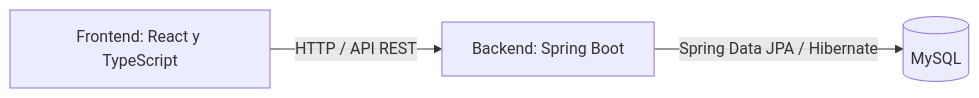
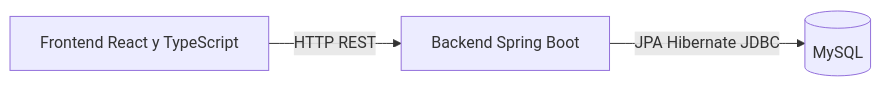
The first of 2 diagrams in docs/modulos.md (LuMendez7/TRABAJO-FINAL---GRUPO-205), drawn with Mermaid before and after one commit. The commit also changed other lines of this file and 82 other files, not shown here.

````diff
--- a/docs/modulos.md
+++ b/docs/modulos.md
@@ -18,5 +16,5 @@
 ```mermaid
 flowchart LR
-    A[Frontend: React y TypeScript] -->|HTTP / API REST| B[Backend: Spring Boot]
-    B -->|Spring Data JPA / Hibernate| C[(MySQL)]
+    A[Frontend React y TypeScript] -->|HTTP REST| B[Backend Spring Boot]
+    B -->|JPA Hibernate JDBC| C[(MySQL)]
 ```
````
